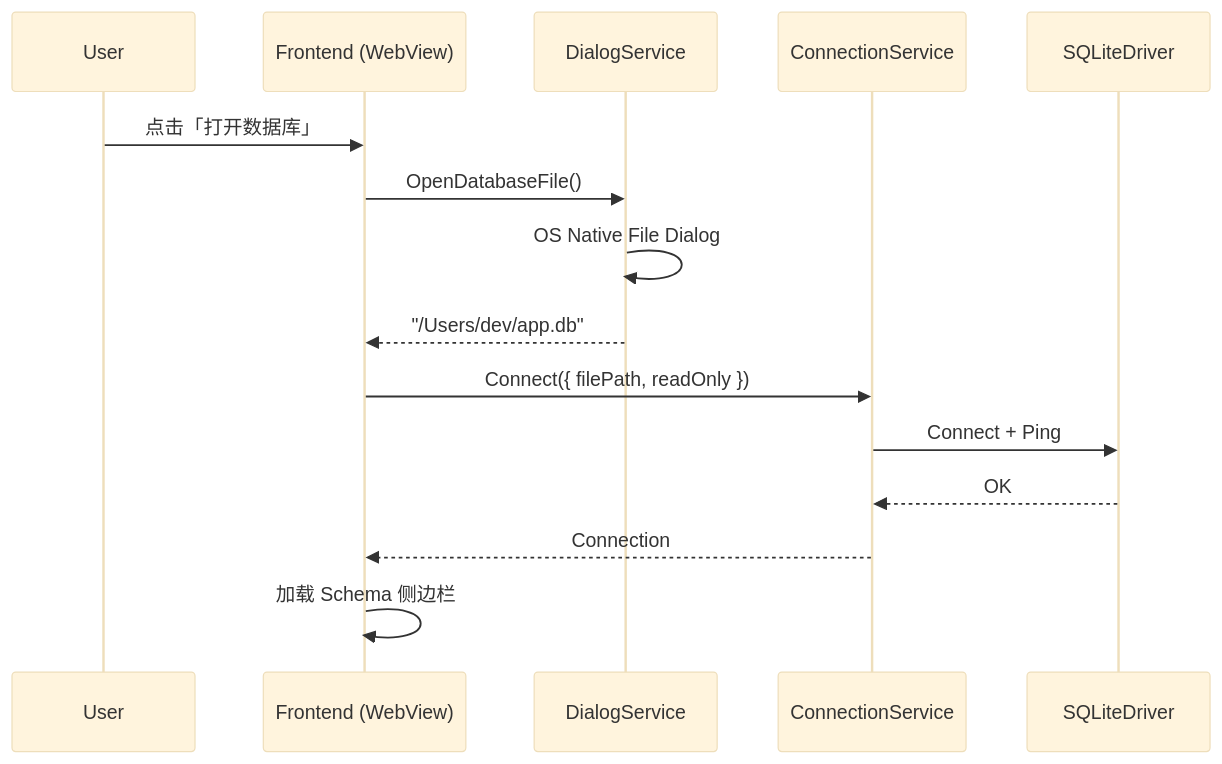
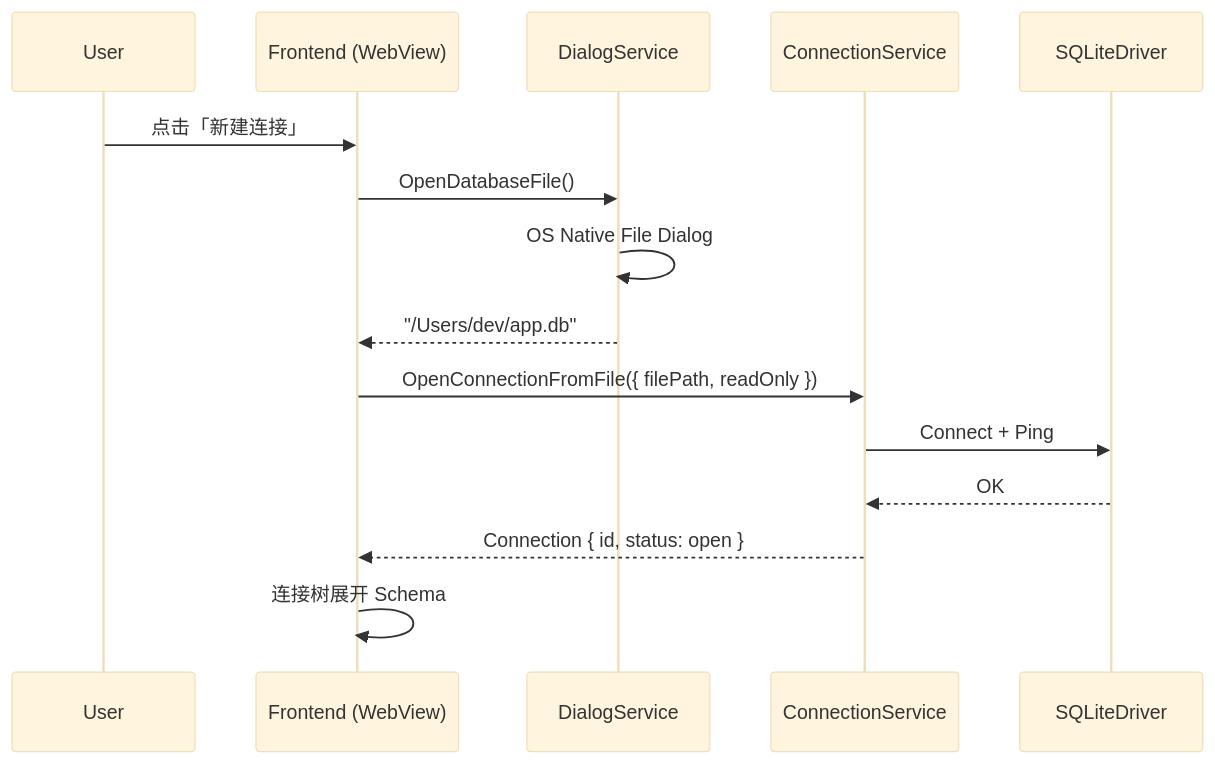
Before and after one commit to wzhejunqiu/data-nexus: the first of 2 diagrams in docs/design/ARCHITECTURE.md, drawn with Mermaid (base theme). The commit also changed other lines of this file and 17 other files, not shown here.

````diff
--- a/docs/design/ARCHITECTURE.md
+++ b/docs/design/ARCHITECTURE.md
@@ -401,18 +437,18 @@
 ```mermaid
 sequenceDiagram
     participant U as User
     participant F as Frontend (WebView)
     participant D as DialogService
     participant C as ConnectionService
     participant S as SQLiteDriver
 
-    U->>F: 点击「打开数据库」
+    U->>F: 点击「新建连接」
     F->>D: OpenDatabaseFile()
     D->>D: OS Native File Dialog
     D-->>F: "/Users/dev/app.db"
-    F->>C: Connect({ filePath, readOnly })
+    F->>C: OpenConnectionFromFile({ filePath, readOnly })
     C->>S: Connect + Ping
     S-->>C: OK
-    C-->>F: Connection
-    F->>F: 加载 Schema 侧边栏
+    C-->>F: Connection { id, status: open }
+    F->>F: 连接树展开 Schema
 ```
````
